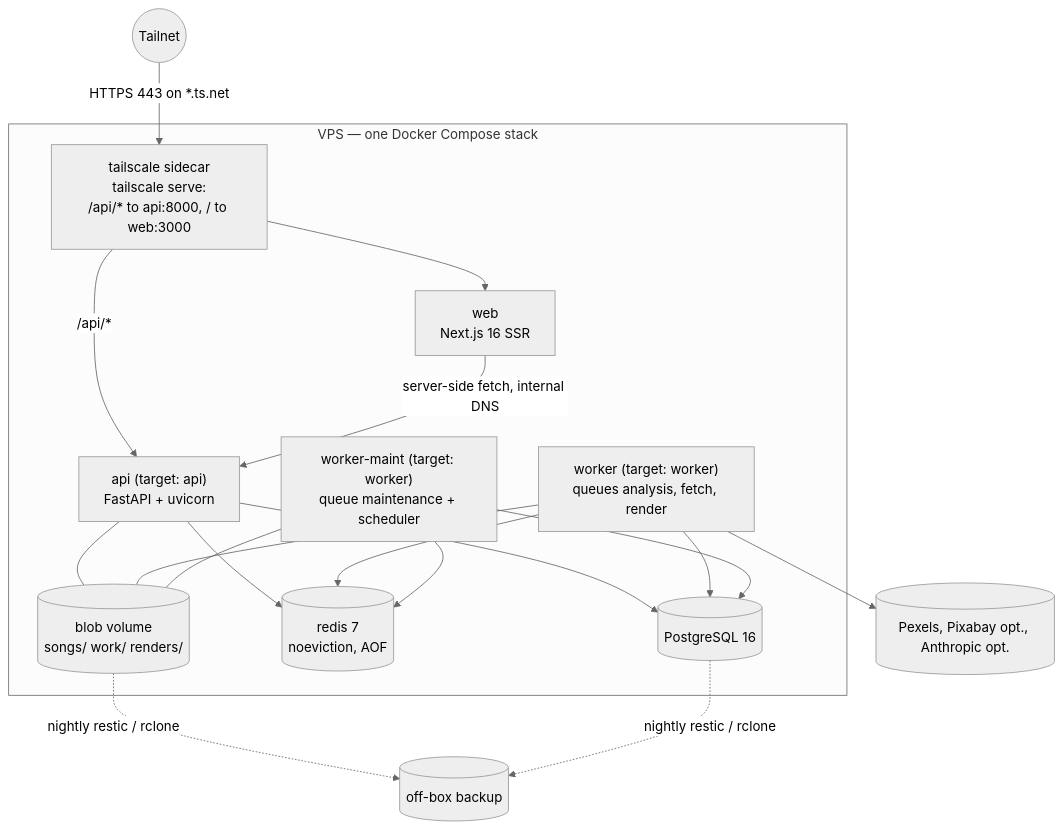
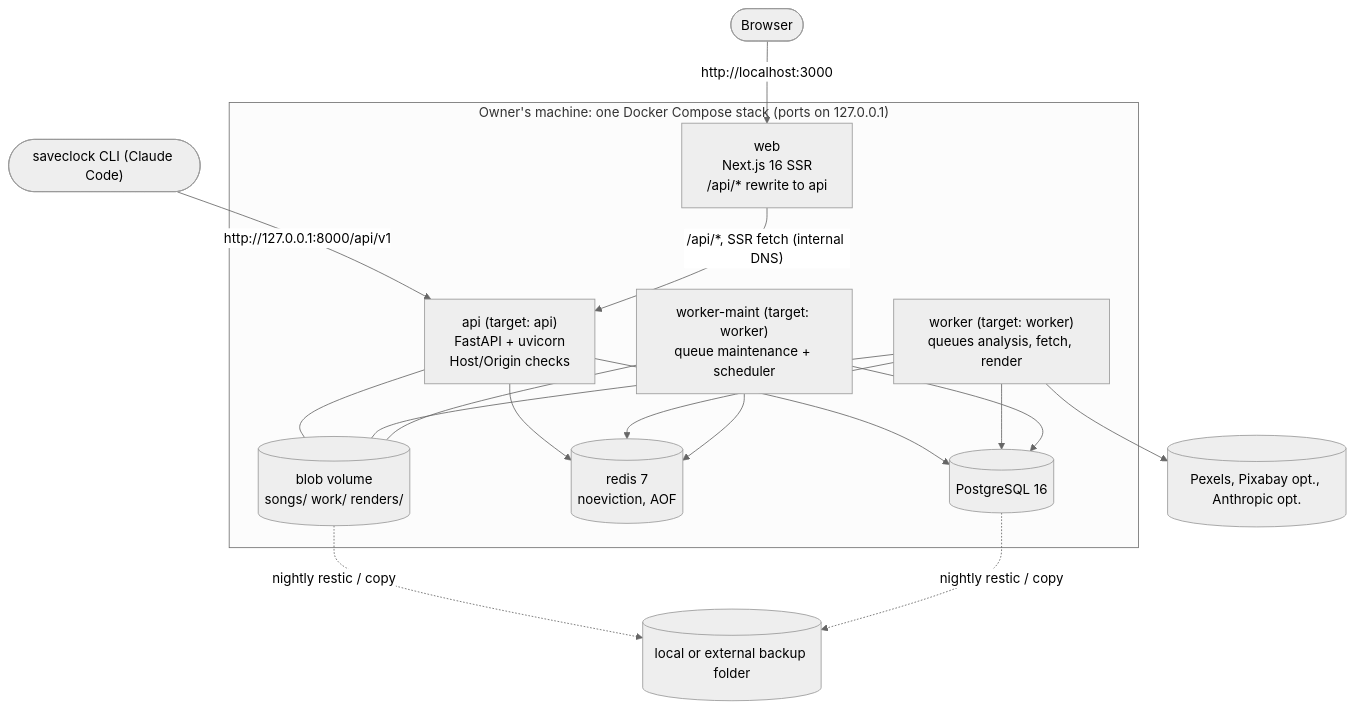
Before and after one commit to Richard-Abraham/saveclock-studio: the second of 6 diagrams in docs/ARCHITECTURE.md, drawn with Mermaid (neutral theme). The commit also changed other lines of this file and 13 other files, not shown here.

````diff
--- a/docs/ARCHITECTURE.md
+++ b/docs/ARCHITECTURE.md
@@ -78,24 +84,22 @@
 ```mermaid
 flowchart TB
-  tn((Tailnet)) -->|HTTPS 443 on *.ts.net| ts
-  subgraph VPS["VPS — one Docker Compose stack"]
-    ts["tailscale sidecar<br/>tailscale serve:<br/>/api/* to api:8000, / to web:3000"]
-    web["web<br/>Next.js 16 SSR"]
-    api["api (target: api)<br/>FastAPI + uvicorn"]
+  br([Browser]) -->|"http://localhost:3000"| web
+  cli(["saveclock CLI (Claude Code)"]) -->|"http://127.0.0.1:8000/api/v1"| api
+  subgraph host["Owner's machine: one Docker Compose stack (ports on 127.0.0.1)"]
+    web["web<br/>Next.js 16 SSR<br/>/api/* rewrite to api"]
+    api["api (target: api)<br/>FastAPI + uvicorn<br/>Host/Origin checks"]
     wk["worker (target: worker)<br/>queues analysis, fetch, render"]
     wm["worker-maint (target: worker)<br/>queue maintenance + scheduler"]
     pg[(PostgreSQL 16)]
     rd[(redis 7<br/>noeviction, AOF)]
     vol[("blob volume<br/>songs/ work/ renders/")]
-    ts --> web
-    ts -->|/api/*| api
-    web -->|server-side fetch, internal DNS| api
+    web -->|"/api/*, SSR fetch (internal DNS)"| api
     api --> pg & rd
     wk --> pg & rd
     wm --> pg & rd
     api & wk & wm --- vol
   end
   ext[(Pexels, Pixabay opt., Anthropic opt.)]
   wk --> ext
-  vol & pg -.->|nightly restic / rclone| bk[(off-box backup)]
+  vol & pg -.->|nightly restic / copy| bk[(local or external backup folder)]
 ```
````
